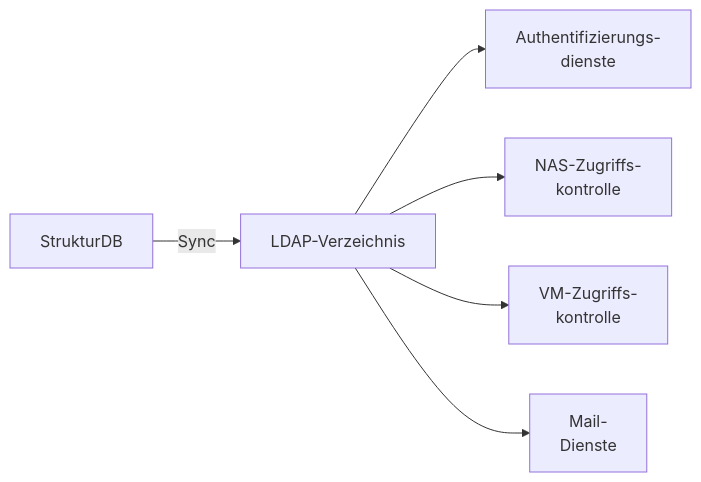
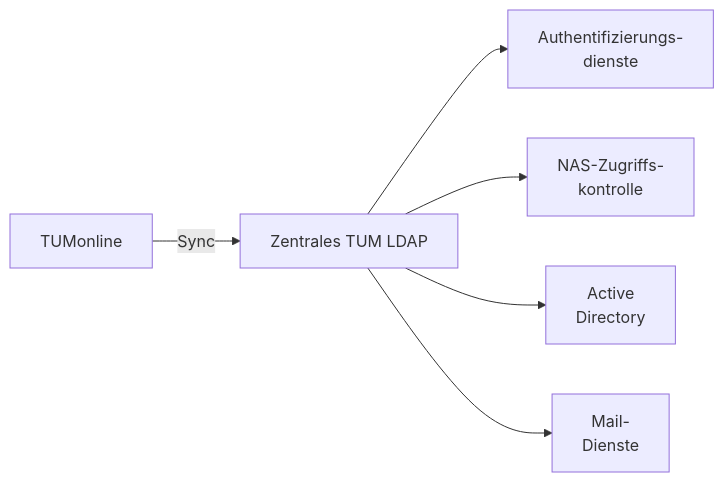
Before and after one commit to jtimo/tum-ito-admin-guide: the third of 6 diagrams in de/chapters/03-benutzerverwaltung.qmd, drawn with Mermaid. The commit also changed other lines of this file and 21 other files, not shown here.

````diff
--- a/de/chapters/03-benutzerverwaltung.qmd
+++ b/de/chapters/03-benutzerverwaltung.qmd
@@ -104,10 +95,10 @@
 ```{mermaid}
 %%| fig-cap: "LDAP-Integrationsfluss"
 flowchart LR
-    SDB["StrukturDB"]
-    SDB --> |Sync| LDAP["LDAP-Verzeichnis"]
+    TUMo["TUMonline"]
+    TUMo --> |Sync| LDAP["Zentrales TUM LDAP"]
     LDAP --> Auth["Authentifizierungs-<br/>dienste"]
     LDAP --> NAS["NAS-Zugriffs-<br/>kontrolle"]
-    LDAP --> VM["VM-Zugriffs-<br/>kontrolle"]
+    LDAP --> AD["Active<br/>Directory"]
     LDAP --> Mail["Mail-<br/>Dienste"]
 ```
````
